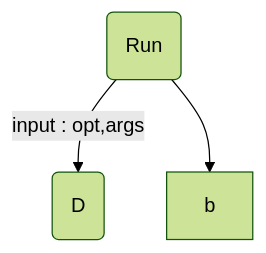
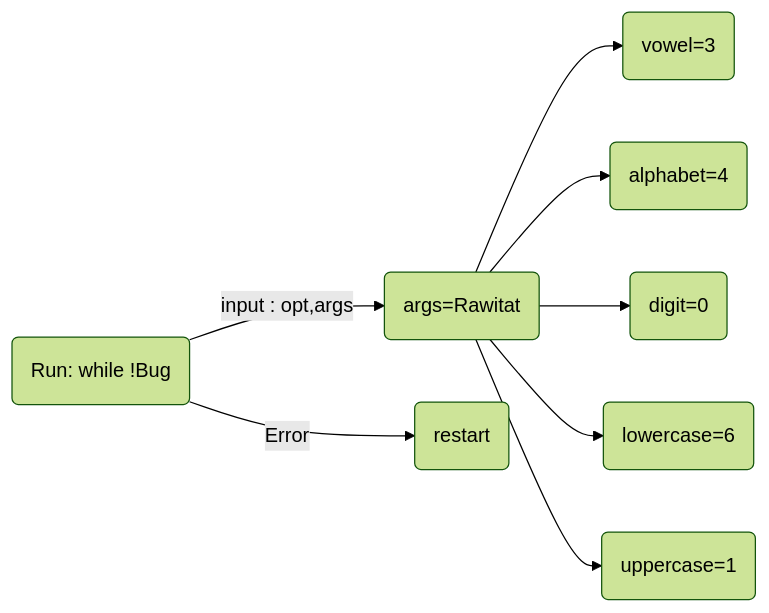
One commit to noney1412/MyDocuments changed the diagram in exercise/README.md. Above: the diagram before and after it, drawn with Mermaid (forest theme). The commit also changed other lines of this file, not shown here.

Commit message:
:memo: workflow

````diff
--- a/exercise/README.md
+++ b/exercise/README.md
@@ -14,7 +17,12 @@
 ```mermaid
 
-graph TD;
-    A(Run)-->|input : opt,args|B(D);
-    A-->b  
+graph LR;
+    A(Run: while !Bug)-->|input : opt,args|B1(args=Rawitat)
+    B1 --> O1(vowel=3)
+    B1 --> O2(alphabet=4)
+    B1 --> O3(digit=0)
+    B1 --> O4(lowercase=6)
+    B1 --> O5(uppercase=1)
+    A-->|Error|E(restart)  
 
 ```
````
